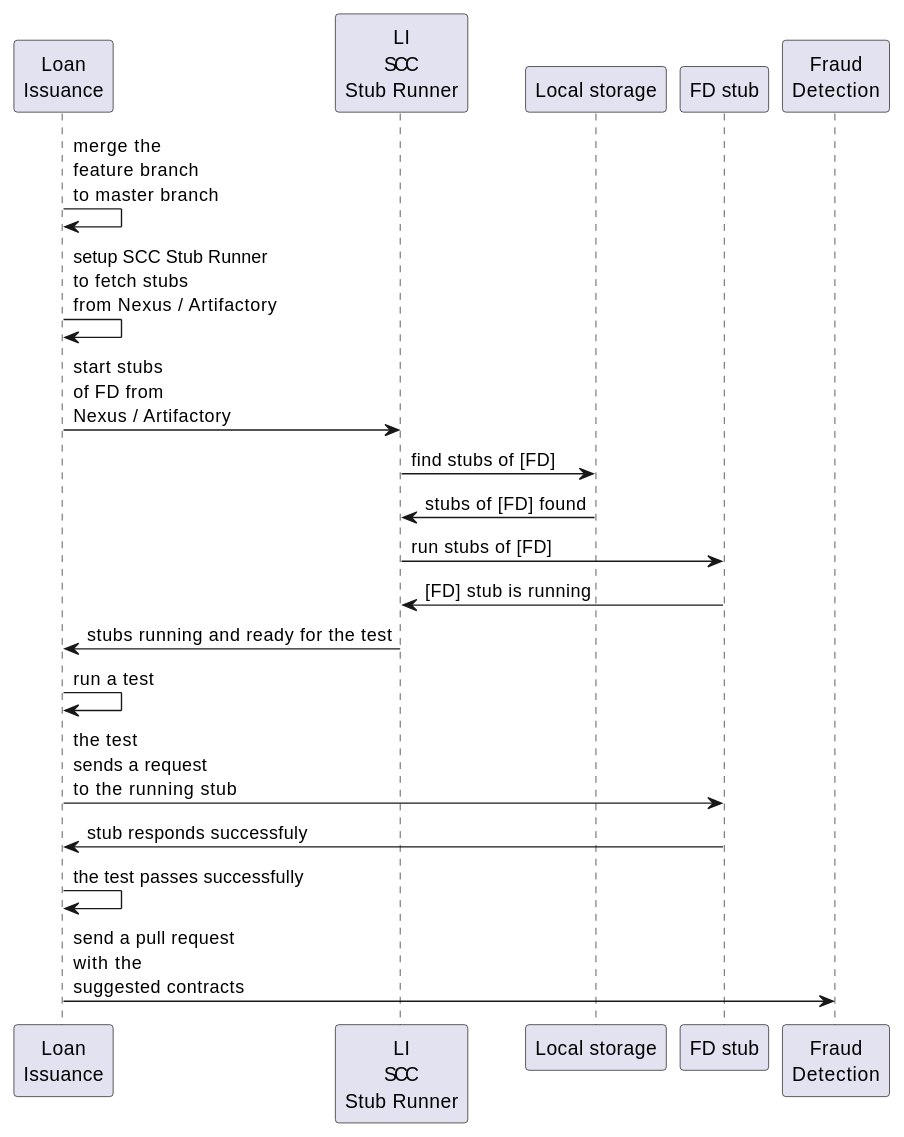
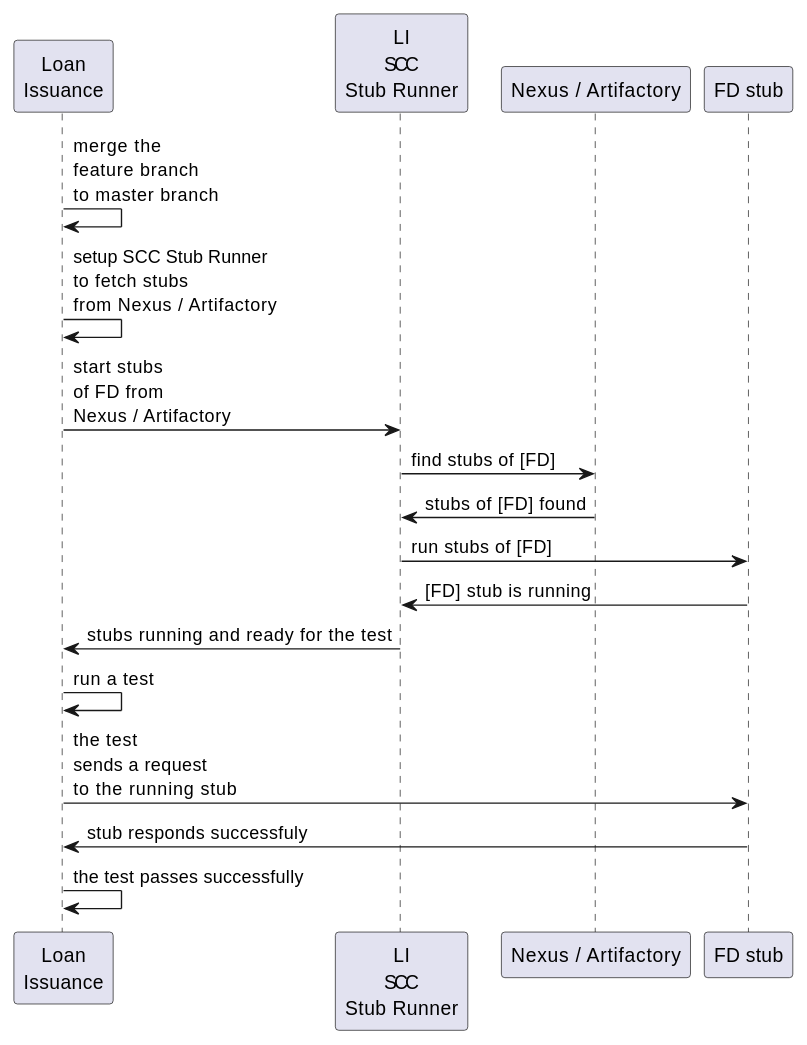
Before and after one commit to spring-cloud/spring-cloud-contract: the fourth of 4 diagrams in docs/src/main/asciidoc/getting-started.adoc, drawn with PlantUML. The commit also changed other lines of this file and 1 other file, not shown here.

```diff
--- a/docs/src/main/asciidoc/getting-started.adoc
+++ b/docs/src/main/asciidoc/getting-started.adoc
@@ -1039,16 +1039,15 @@
 [plantuml, getting-started-cdc-client, png]
 ----
 "Loan\nIssuance"->"Loan\nIssuance": merge the\nfeature branch\nto master branch
 "Loan\nIssuance"->"Loan\nIssuance": setup SCC Stub Runner\nto fetch stubs\nfrom Nexus / Artifactory
 "Loan\nIssuance"->"LI\nSCC\nStub Runner": start stubs\nof FD from\nNexus / Artifactory
-"LI\nSCC\nStub Runner"->"Local storage": find stubs of [FD]
-"Local storage"->"LI\nSCC\nStub Runner": stubs of [FD] found
+"LI\nSCC\nStub Runner"->"Nexus / Artifactory": find stubs of [FD]
+"Nexus / Artifactory"->"LI\nSCC\nStub Runner": stubs of [FD] found
 "LI\nSCC\nStub Runner"->"FD stub": run stubs of [FD]
 "FD stub"->"LI\nSCC\nStub Runner": [FD] stub is running
 "LI\nSCC\nStub Runner"->"Loan\nIssuance": stubs running and ready for the test
 "Loan\nIssuance"->"Loan\nIssuance": run a test
 "Loan\nIssuance"->"FD stub": the test\nsends a request\nto the running stub
 "FD stub"->"Loan\nIssuance": stub responds successfuly
 "Loan\nIssuance"->"Loan\nIssuance": the test passes successfully
-"Loan\nIssuance"->"Fraud\nDetection": send a pull request\nwith the\nsuggested contracts
 ----
```
